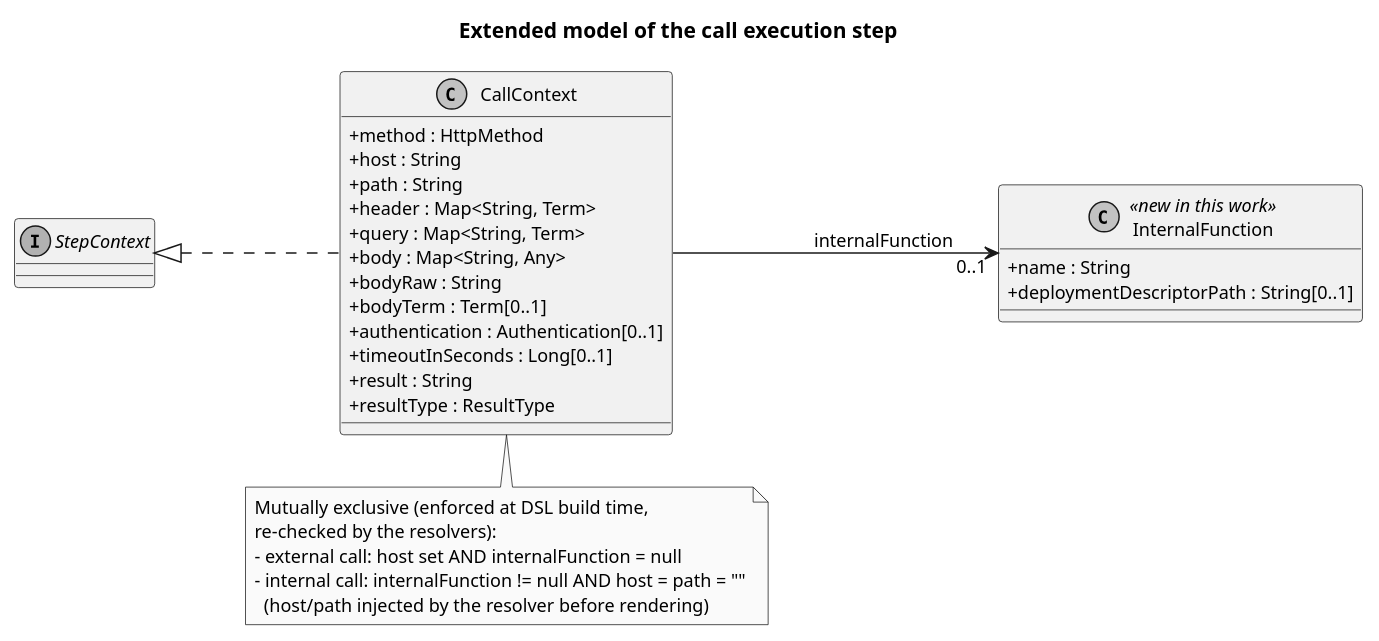
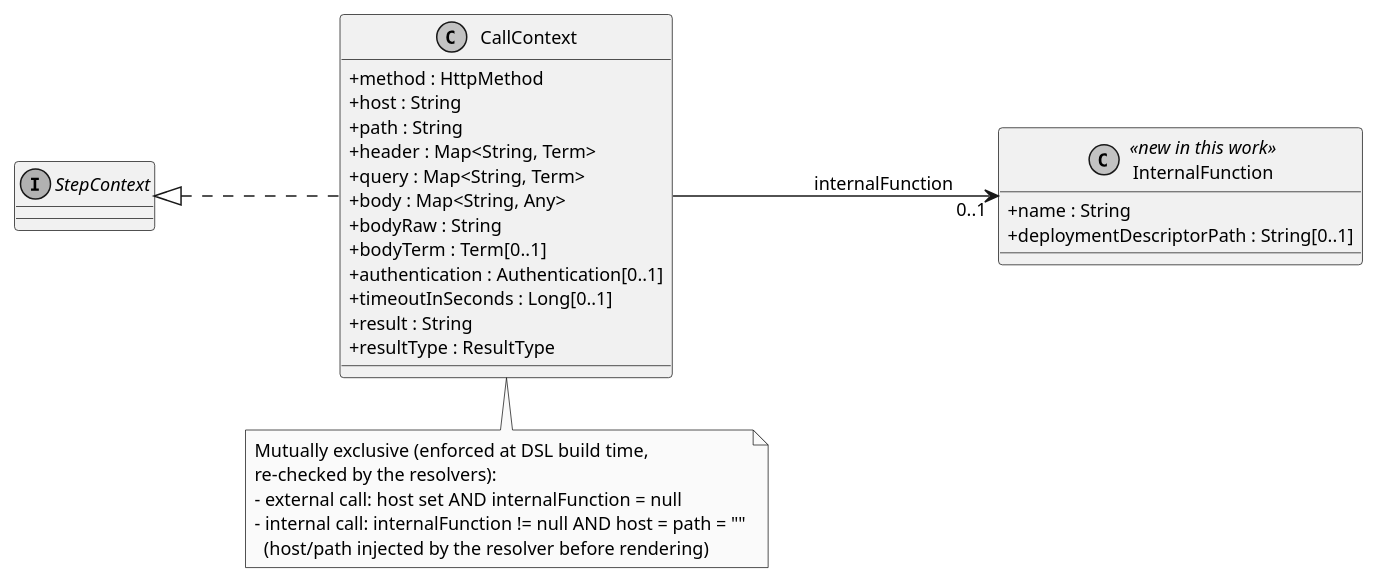
Before and after one commit to EngenheiroPedroCarvalho/ISEL-Thesis-2526: the diagram in diagrams/call-step-model.puml, drawn with PlantUML. The commit also changed 52 other files, not shown here.

First line of the commit message:
Drop diagram titles and use "deployment" in the Resumo

```diff
--- a/diagrams/call-step-model.puml
+++ b/diagrams/call-step-model.puml
@@ -1,41 +1,39 @@
 @startuml call-step-model
 skinparam monochrome true
 skinparam shadowing false
 skinparam classAttributeIconSize 0
 skinparam defaultFontSize 12
 left to right direction
-title Extended model of the call execution step
-
 interface StepContext
 
 class CallContext {
   +method : HttpMethod
   +host : String
   +path : String
   +header : Map<String, Term>
   +query : Map<String, Term>
   +body : Map<String, Any>
   +bodyRaw : String
   +bodyTerm : Term[0..1]
   +authentication : Authentication[0..1]
   +timeoutInSeconds : Long[0..1]
   +result : String
   +resultType : ResultType
 }
 
 class InternalFunction <<new in this work>> {
   +name : String
   +deploymentDescriptorPath : String[0..1]
 }
 
 StepContext <|.. CallContext
 CallContext --> "0..1" InternalFunction : internalFunction
 
 note bottom of CallContext
   Mutually exclusive (enforced at DSL build time,
   re-checked by the resolvers):
   - external call: host set AND internalFunction = null
   - internal call: internalFunction != null AND host = path = ""
     (host/path injected by the resolver before rendering)
 end note
 @enduml
```
